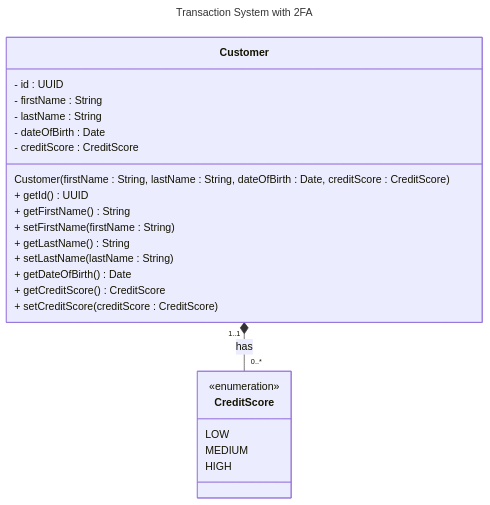
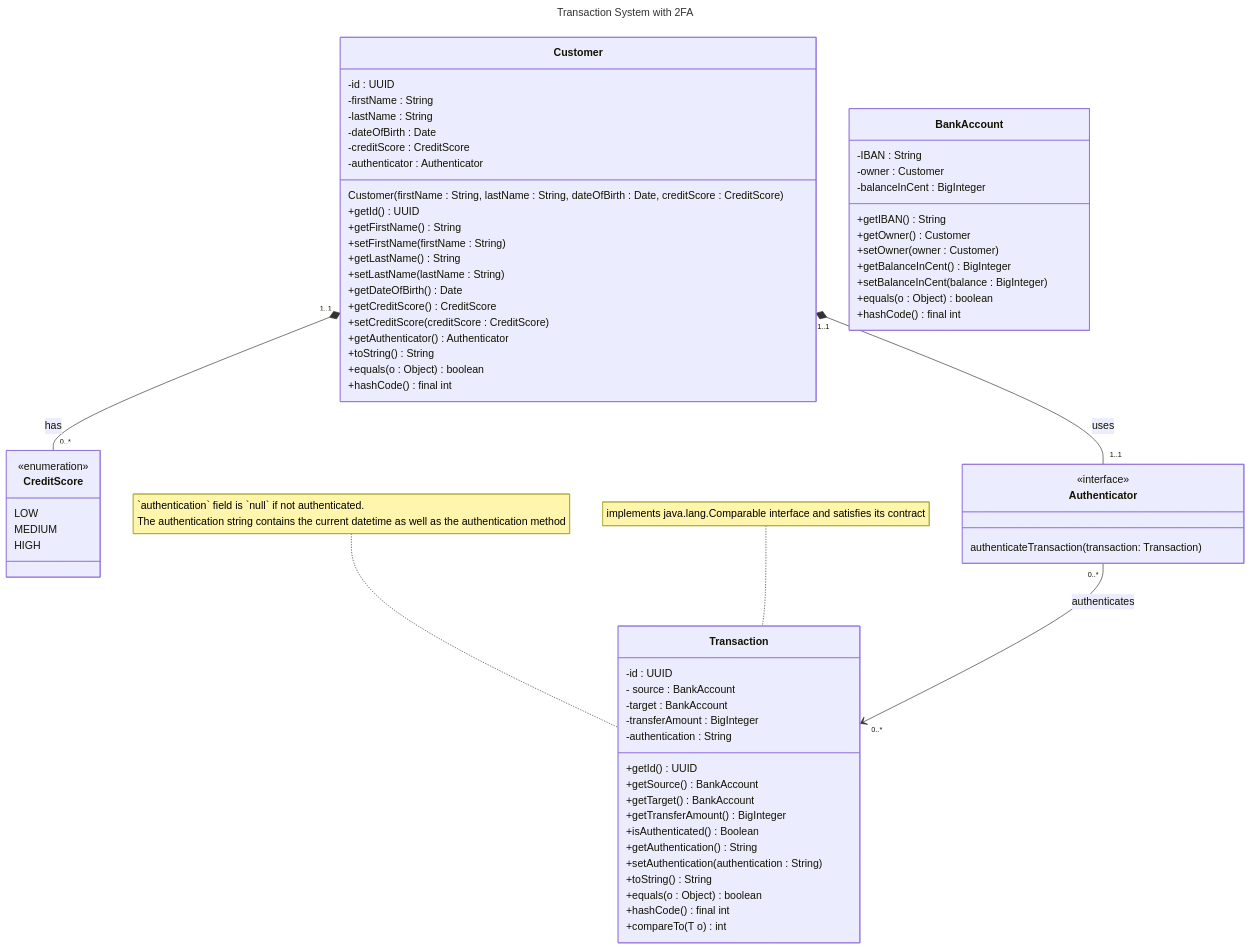
Before and after one commit to eprader/java-example: the diagram in README.md, drawn with Mermaid.

Commit message:
README(UML): add `Authenticator` interface, `Transaction` and `Bankaccount` classes

````diff
--- a/README.md
+++ b/README.md
@@ -9,24 +9,30 @@
 ---
 classDiagram
     class Customer {
-        - id : UUID
-        - firstName : String
-        - lastName : String
-        - dateOfBirth : Date
-        - creditScore : CreditScore
+        -id : UUID
+        -firstName : String
+        -lastName : String
+        -dateOfBirth : Date
+        -creditScore : CreditScore
+        -authenticator : Authenticator
 
         Customer(firstName : String, lastName : String, dateOfBirth : Date, creditScore : CreditScore)
-        + getId() UUID
-        + getFirstName() String
-        + setFirstName(firstName : String) 
-        + getLastName() String
-        + setLastName(lastName : String) 
-        + getDateOfBirth() Date
-        + getCreditScore() CreditScore
-        + setCreditScore(creditScore : CreditScore)
+        +getId() UUID
+        +getFirstName() String
+        +setFirstName(firstName : String) 
+        +getLastName() String
+        +setLastName(lastName : String) 
+        +getDateOfBirth() Date
+        +getCreditScore() CreditScore
+        +setCreditScore(creditScore : CreditScore)
+        +getAuthenticator() Authenticator
+        +toString() String
+        +equals(o : Object) boolean
+        +hashCode() final int
     }
 
     Customer "1..1" *-- "0..*" CreditScore : has
+    Customer "1..1" *-- "1..1" Authenticator : uses
 
     class CreditScore {
         <<enumeration>>
@@ -35,5 +41,49 @@
         HIGH
     }
 
+    class Authenticator {
+        <<interface>> 
+        authenticateTransaction(transaction: Transaction)
+    }
 
+    Authenticator "0..*" --> "0..*" Transaction : authenticates
+
+    class Transaction {
+        -id : UUID
+        - source : BankAccount
+        -target : BankAccount
+        -transferAmount : BigInteger
+        -authentication : String 
+
+        +getId() UUID
+        +getSource() BankAccount
+        +getTarget() BankAccount
+        +getTransferAmount() BigInteger
+        +isAuthenticated() Boolean
+        +getAuthentication() String
+        +setAuthentication(authentication : String)
+        +toString() String
+        +equals(o : Object) boolean
+        +hashCode() final int
+        +compareTo(T o) int
+    }
+
+    note for Transaction "`authentication` field is `null` if not authenticated.
+    The authentication string contains the current datetime as well as the authentication method"
+
+    note for Transaction "implements java.lang.Comparable interface and satisfies its contract"
+
+    class BankAccount {
+        -IBAN : String
+        -owner : Customer
+        -balanceInCent : BigInteger
+
+        +getIBAN() String
+        +getOwner() Customer
+        +setOwner(owner : Customer)
+        +getBalanceInCent() BigInteger
+        +setBalanceInCent(balance : BigInteger)
+        +equals(o : Object) boolean
+        +hashCode() final int
+    }
 ```
````
